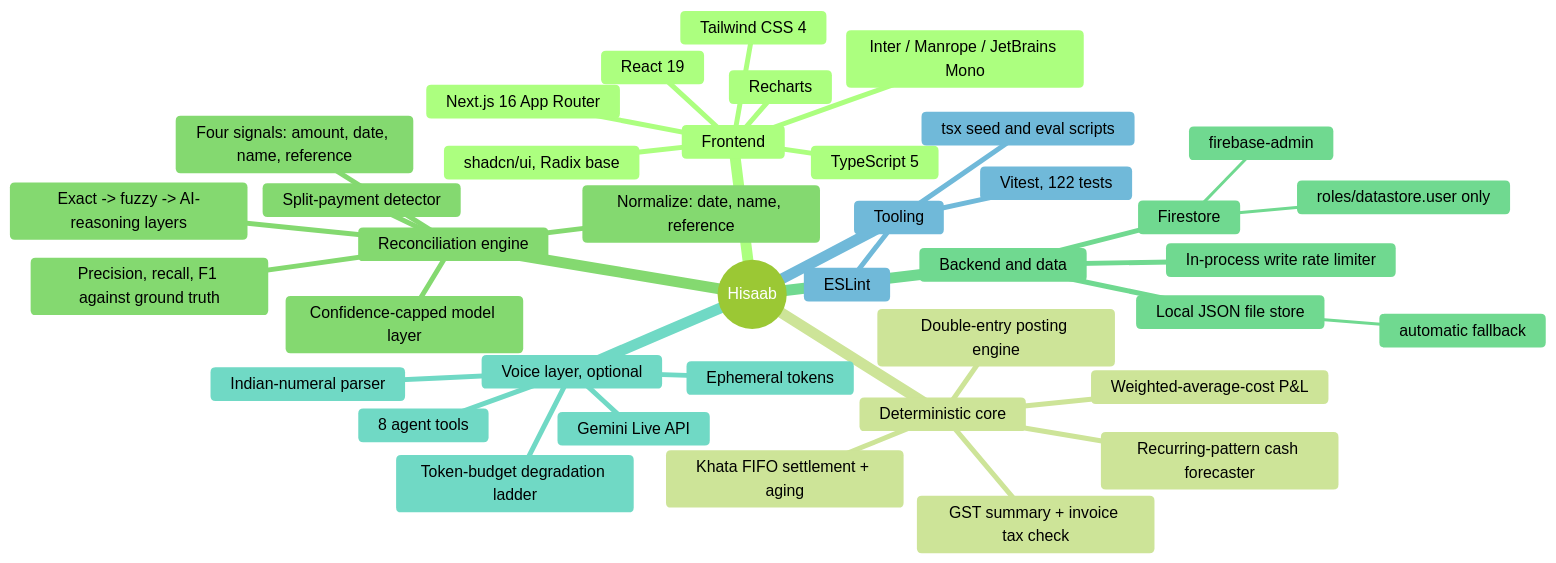
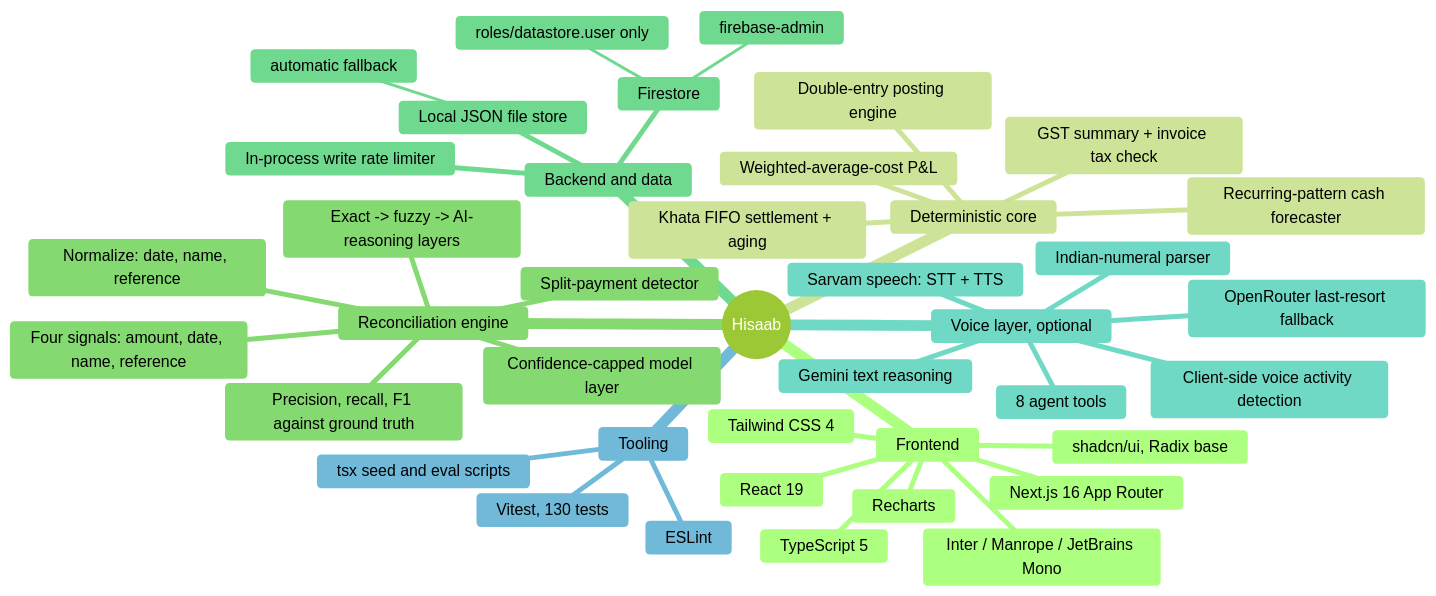
The second of 4 diagrams in README.md (harshkawatra11/hisaab), drawn with Mermaid (forest theme) before and after one commit. The commit also changed other lines of this file and 4 other files, not shown here.

````diff
--- a/README.md
+++ b/README.md
@@ -87,42 +92,43 @@
 ```mermaid
 mindmap
   root((Hisaab))
     Frontend
       Next.js 16 App Router
       React 19
       TypeScript 5
       Tailwind CSS 4
       shadcn/ui, Radix base
       Recharts
       Inter / Manrope / JetBrains Mono
     Deterministic core
       Double-entry posting engine
       Khata FIFO settlement + aging
       GST summary + invoice tax check
       Weighted-average-cost P&L
       Recurring-pattern cash forecaster
     Reconciliation engine
       Normalize: date, name, reference
       Four signals: amount, date, name, reference
       Exact -> fuzzy -> AI-reasoning layers
       Confidence-capped model layer
       Split-payment detector
       Precision, recall, F1 against ground truth
     Backend and data
       Firestore
         firebase-admin
         roles/datastore.user only
       Local JSON file store
         automatic fallback
       In-process write rate limiter
     Voice layer, optional
-      Gemini Live API
-      Ephemeral tokens
-      Token-budget degradation ladder
+      Sarvam speech: STT + TTS
+      Gemini text reasoning
+      OpenRouter last-resort fallback
+      Client-side voice activity detection
       Indian-numeral parser
       8 agent tools
     Tooling
-      Vitest, 122 tests
+      Vitest, 130 tests
       ESLint
       tsx seed and eval scripts
 ```
````
